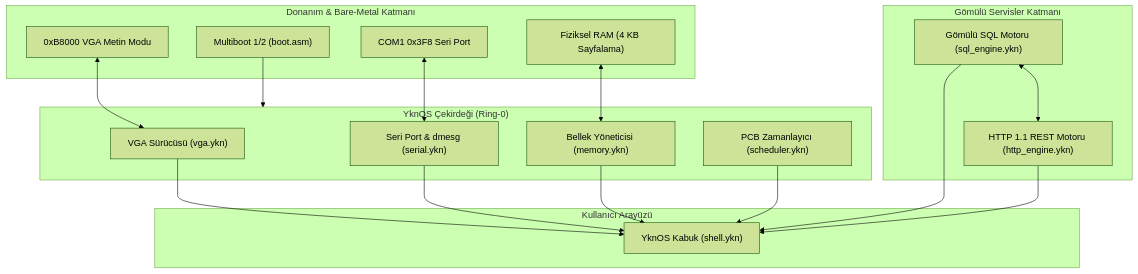
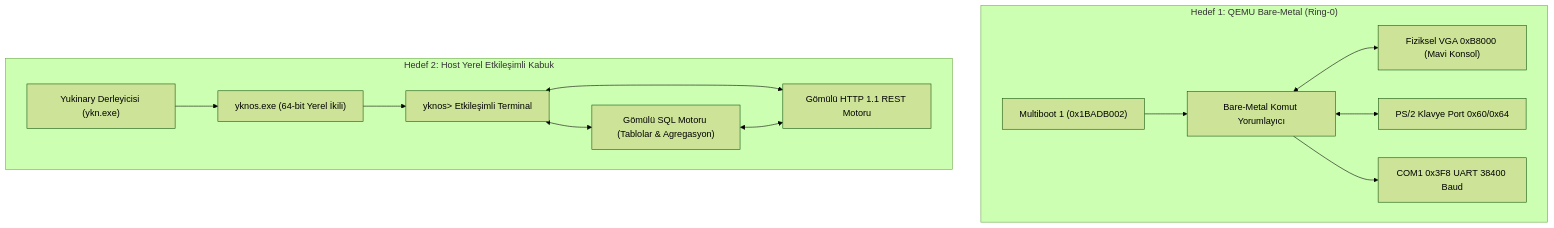
One commit to ykncode/yukinary changed the diagram in examples/yknos/README.md. Above: the diagram before and after it, drawn with Mermaid (forest theme). The commit also changed other lines of this file and 20 other files, not shown here.

Commit message:
feat(examples/yknos): add dual-target bare-metal QEMU bootable kernel and live interactive shell

````diff
--- a/examples/yknos/README.md
+++ b/examples/yknos/README.md
@@ -41,39 +31,29 @@
 ```mermaid
 flowchart TD
-    subgraph Donanim ["Donanım & Bare-Metal Katmanı"]
-        MB["Multiboot 1/2 (boot.asm)"]
-        VRAM["0xB8000 VGA Metin Modu"]
-        UART["COM1 0x3F8 Seri Port"]
-        RAM["Fiziksel RAM (4 KB Sayfalama)"]
+    subgraph Hedef1 ["Hedef 1: QEMU Bare-Metal (Ring-0)"]
+        MB["Multiboot 1 (0x1BADB002)"]
+        VGA_HW["Fiziksel VGA 0xB8000 (Mavi Konsol)"]
+        PS2_HW["PS/2 Klavye Port 0x60/0x64"]
+        COM1_HW["COM1 0x3F8 UART 38400 Baud"]
+        BM_SHELL["Bare-Metal Komut Yorumlayıcı"]
+
+        MB --> BM_SHELL
+        BM_SHELL <--> VGA_HW
+        BM_SHELL <--> PS2_HW
+        BM_SHELL --> COM1_HW
     end
 
-    subgraph Cekirdek ["YknOS Çekirdeği (Ring-0)"]
-        VGA_DRV["VGA Sürücüsü (vga.ykn)"]
-        SER_DRV["Seri Port & dmesg (serial.ykn)"]
-        MMU["Bellek Yöneticisi (memory.ykn)"]
-        SCHED["PCB Zamanlayıcı (scheduler.ykn)"]
+    subgraph Hedef2 ["Hedef 2: Host Yerel Etkileşimli Kabuk"]
+        YKN_COMP["Yukinary Derleyicisi (ykn.exe)"]
+        YKN_EXE["yknos.exe (64-bit Yerel İkili)"]
+        LIVE_SHELL["yknos> Etkileşimli Terminal"]
+        SQL_CORE["Gömülü SQL Motoru (Tablolar & Agregasyon)"]
+        HTTP_CORE["Gömülü HTTP 1.1 REST Motoru"]
+
+        YKN_COMP --> YKN_EXE
+        YKN_EXE --> LIVE_SHELL
+        LIVE_SHELL <--> SQL_CORE
+        LIVE_SHELL <--> HTTP_CORE
+        SQL_CORE <--> HTTP_CORE
     end
-
-    subgraph Servisler ["Gömülü Servisler Katmanı"]
-        SQL["Gömülü SQL Motoru (sql_engine.ykn)"]
-        HTTP["HTTP 1.1 REST Motoru (http_engine.ykn)"]
-    end
-
-    subgraph Kullanici ["Kullanıcı Arayüzü"]
-        SHELL["YknOS Kabuk (shell.ykn)"]
-    end
-
-    MB --> Cekirdek
-    VRAM <--> VGA_DRV
-    UART <--> SER_DRV
-    RAM <--> MMU
-
-    VGA_DRV --> SHELL
-    SER_DRV --> SHELL
-    MMU --> SHELL
-    SCHED --> SHELL
-
-    SQL <--> HTTP
-    SQL --> SHELL
-    HTTP --> SHELL
 ```
````
